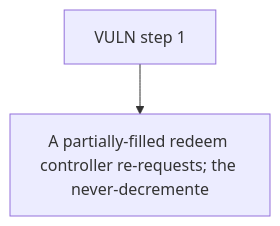
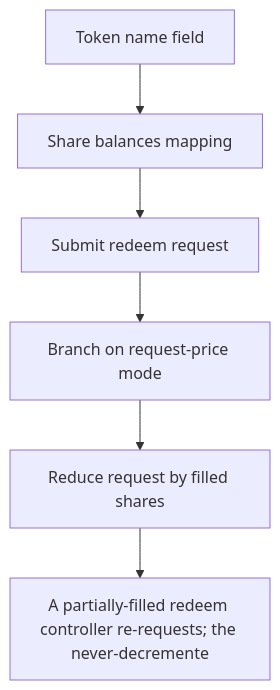
Before and after one commit to sanbir/evm-hack-registry: the diagram in 62971-partial-redemptions-can-be-used-to-steal-assets-cyfrin-none_exp/62971-partial-redemptions-can-be-used-to-steal-assets-cyfrin-none_exp.md, drawn with Mermaid. The commit also changed other lines of this file and 79 other files, not shown here.

````diff
--- a/62971-partial-redemptions-can-be-used-to-steal-assets-cyfrin-none_exp/62971-partial-redemptions-can-be-used-to-steal-assets-cyfrin-none_exp.md
+++ b/62971-partial-redemptions-can-be-used-to-steal-assets-cyfrin-none_exp/62971-partial-redemptions-can-be-used-to-steal-assets-cyfrin-none_exp.md
@@ -28,6 +28,14 @@
 ```mermaid
 flowchart TD
-  S0["VULN step 1"]
+  S0["Token name field"]
+  S1["Share balances mapping"]
+  S2["Submit redeem request"]
+  S3["Branch on request-price mode"]
+  S4["Reduce request by filled shares"]
   H["A partially-filled redeem controller re-requests; the never-decremente"]
-  S0 --> H
+  S0 --> S1
+  S1 --> S2
+  S2 --> S3
+  S3 --> S4
+  S4 --> H
 ```
````
